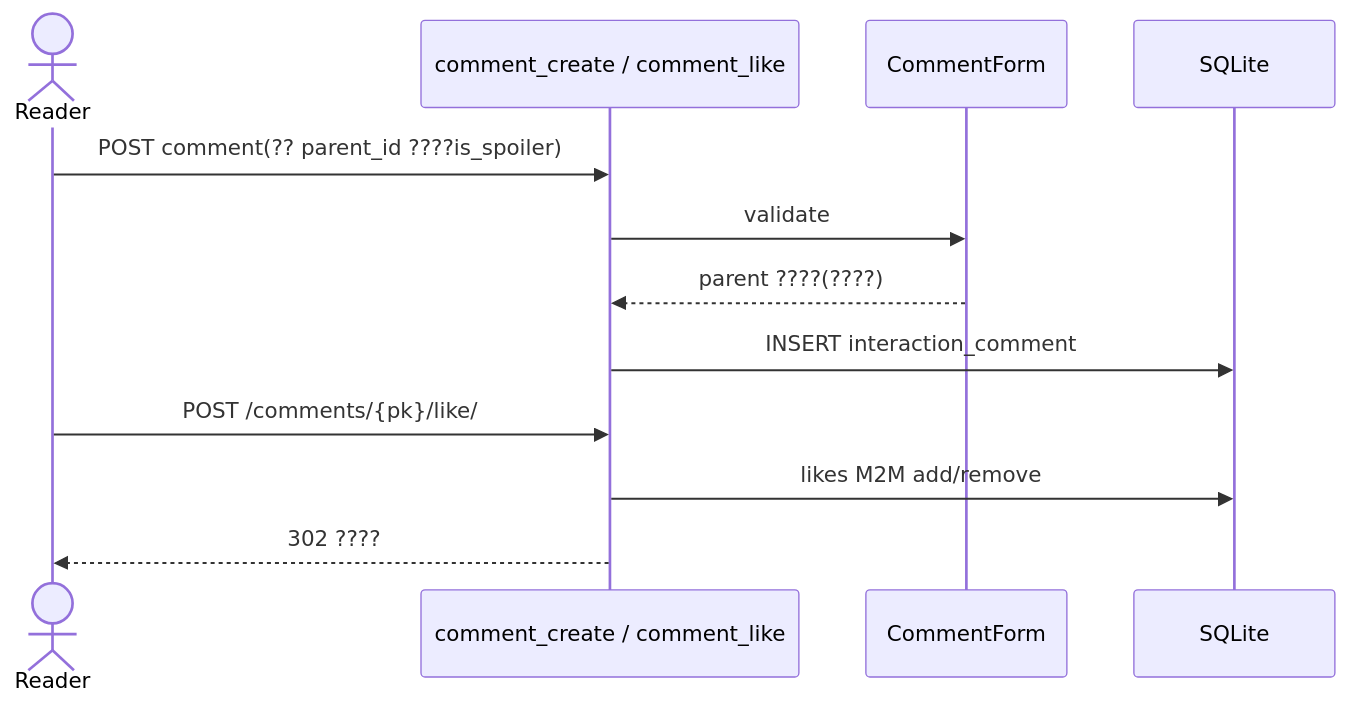
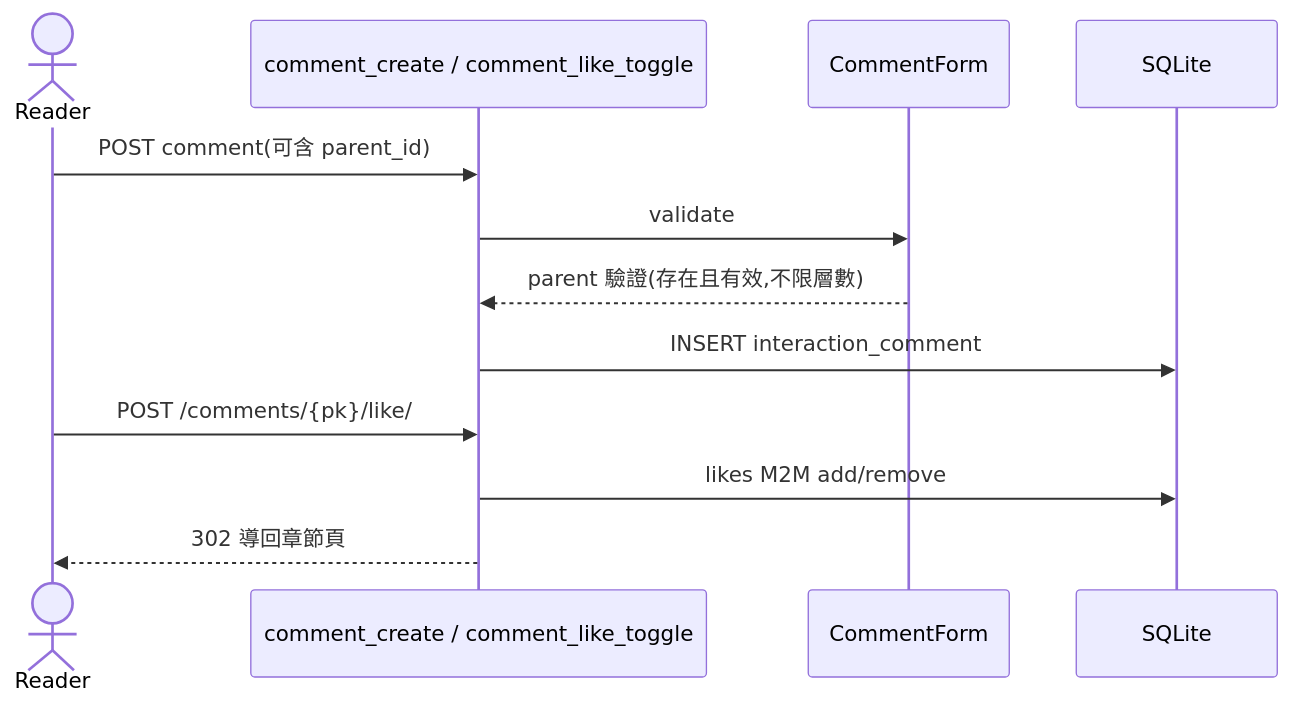
The eighth of 10 diagrams in docs/diagrams/04-sequence.md (StrikeAtZeroHour/cs3383-web-novel-platform), drawn with Mermaid before and after one commit. The commit also changed other lines of this file and 11 other files, not shown here.

First line of the commit message:
Fix diagram text corruption and align diagrams with code

````diff
--- a/docs/diagrams/04-sequence.md
+++ b/docs/diagrams/04-sequence.md
@@ -666,14 +671,14 @@
 ```mermaid
 sequenceDiagram
     actor R as Reader
-    participant V as comment_create / comment_like
+    participant V as comment_create / comment_like_toggle
     participant F as CommentForm
     participant DB as SQLite
-    R->>V: POST comment(?? parent_id ????is_spoiler)
+    R->>V: POST comment(可含 parent_id)
     V->>F: validate
-    F-->>V: parent ????(????)
+    F-->>V: parent 驗證(存在且有效,不限層數)
     V->>DB: INSERT interaction_comment
     R->>V: POST /comments/{pk}/like/
     V->>DB: likes M2M add/remove
-    V-->>R: 302 ????
+    V-->>R: 302 導回章節頁
 ```
````
